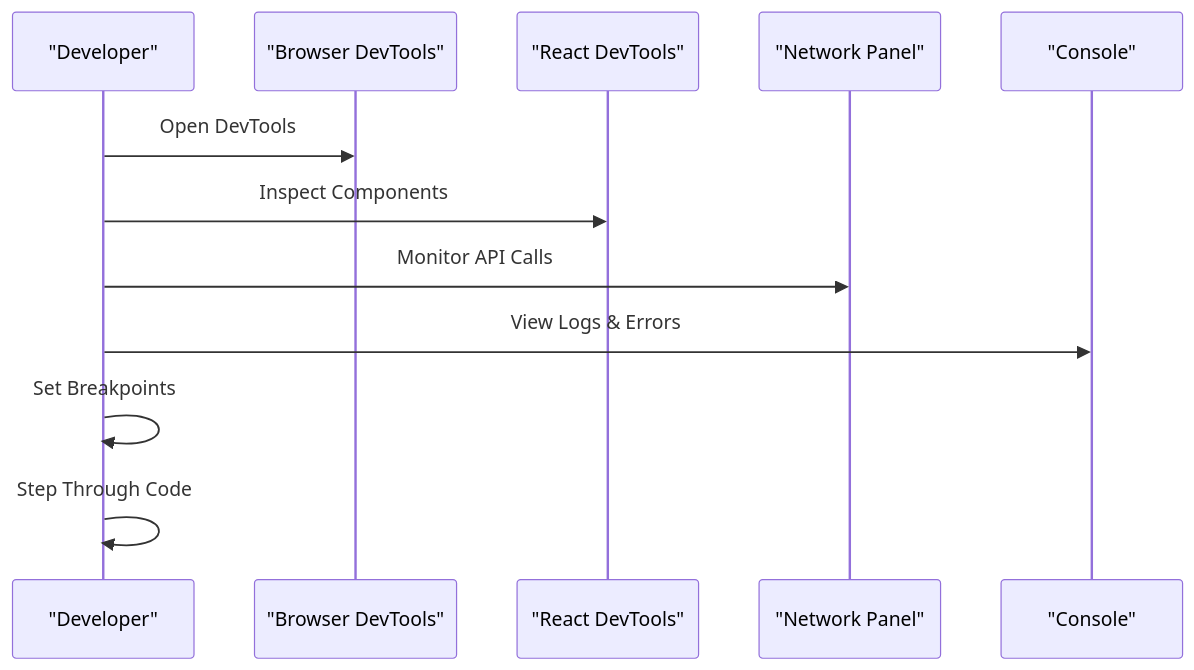
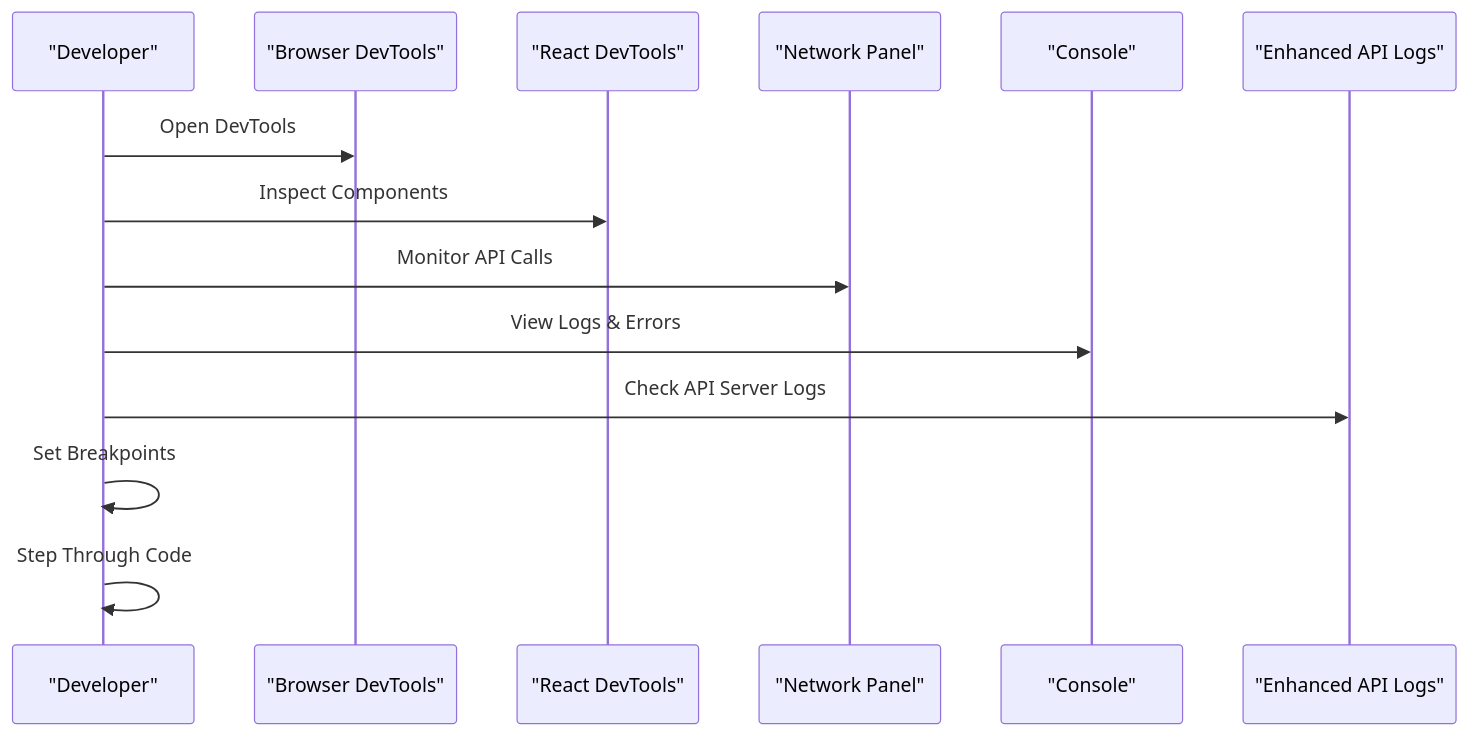
One commit to zmyeo54/briefroom changed the seventh of 10 diagrams in .qoder/repowiki/en/content/Development Guide/Development Guide.md. Above: the diagram before and after it, drawn with Mermaid. The commit also changed other lines of this file and 13 other files, not shown here.

````diff
--- a/.qoder/repowiki/en/content/Development Guide/Development Guide.md
+++ b/.qoder/repowiki/en/content/Development Guide/Development Guide.md
@@ -391,14 +431,16 @@
 ```mermaid
 sequenceDiagram
 participant Dev as "Developer"
 participant Browser as "Browser DevTools"
 participant React as "React DevTools"
 participant Network as "Network Panel"
 participant Console as "Console"
+participant Logs as "Enhanced API Logs"
 Dev->>Browser : Open DevTools
 Dev->>React : Inspect Components
 Dev->>Network : Monitor API Calls
 Dev->>Console : View Logs & Errors
+Dev->>Logs : Check API Server Logs
 Dev->>Dev : Set Breakpoints
 Dev->>Dev : Step Through Code
 ```
````
